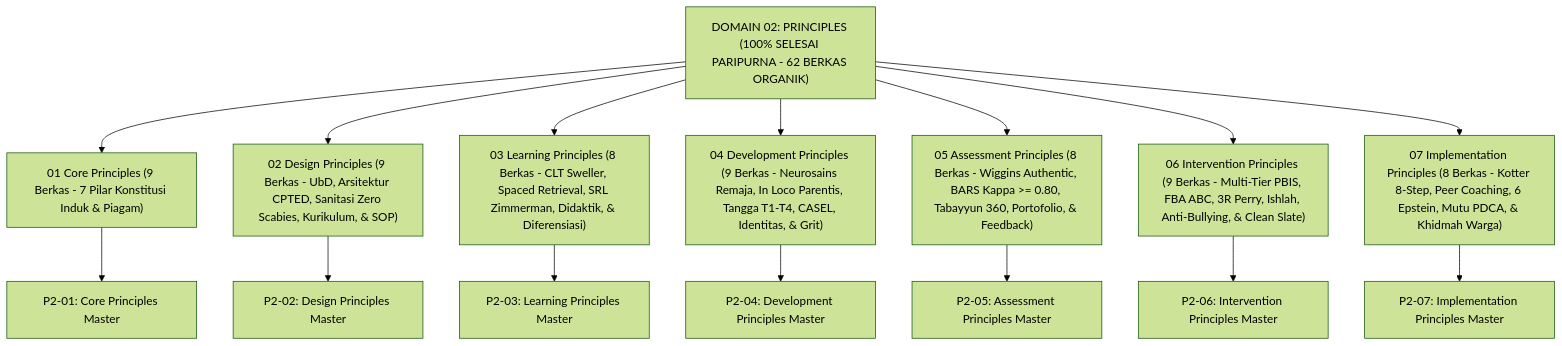
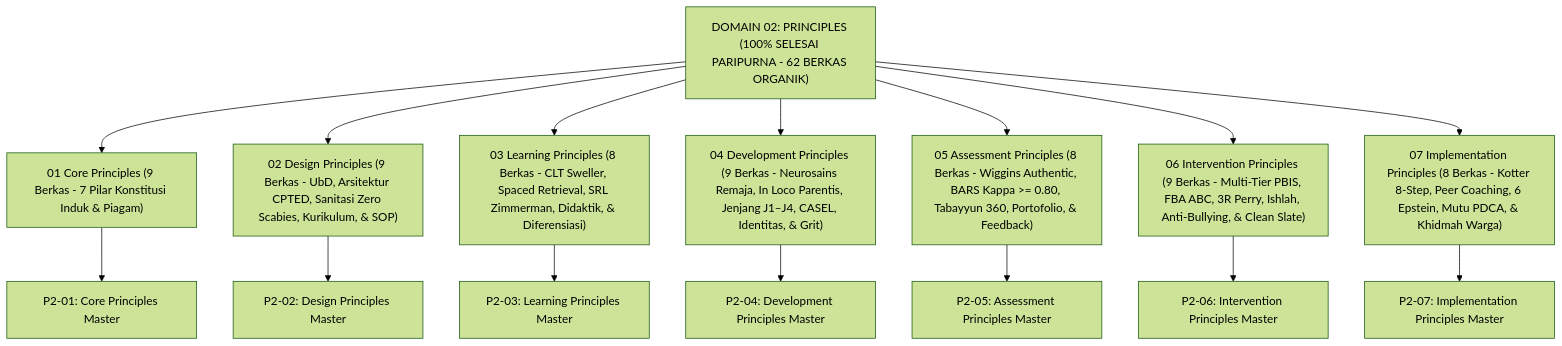
The diagram in 02 Principles/README.md (wandiapriliyandi/tumbuh), drawn with Mermaid (forest theme) before and after one commit. The commit also changed other lines of this file and 209 other files, not shown here.

````diff
--- a/02 Principles/README.md
+++ b/02 Principles/README.md
@@ -14,20 +14,20 @@
 ```mermaid
 graph TD
     Principles["DOMAIN 02: PRINCIPLES (100% SELESAI PARIPURNA - 62 BERKAS ORGANIK)"]
     
     Principles --> SD1["01 Core Principles (9 Berkas - 7 Pilar Konstitusi Induk & Piagam)"]
     Principles --> SD2["02 Design Principles (9 Berkas - UbD, Arsitektur CPTED, Sanitasi Zero Scabies, Kurikulum, & SOP)"]
     Principles --> SD3["03 Learning Principles (8 Berkas - CLT Sweller, Spaced Retrieval, SRL Zimmerman, Didaktik, & Diferensiasi)"]
-    Principles --> SD4["04 Development Principles (9 Berkas - Neurosains Remaja, In Loco Parentis, Tangga T1-T4, CASEL, Identitas, & Grit)"]
+    Principles --> SD4["04 Development Principles (9 Berkas - Neurosains Remaja, In Loco Parentis, Jenjang J1–J4, CASEL, Identitas, & Grit)"]
     Principles --> SD5["05 Assessment Principles (8 Berkas - Wiggins Authentic, BARS Kappa >= 0.80, Tabayyun 360, Portofolio, & Feedback)"]
     Principles --> SD6["06 Intervention Principles (9 Berkas - Multi-Tier PBIS, FBA ABC, 3R Perry, Ishlah, Anti-Bullying, & Clean Slate)"]
     Principles --> SD7["07 Implementation Principles (8 Berkas - Kotter 8-Step, Peer Coaching, 6 Epstein, Mutu PDCA, & Khidmah Warga)"]
     
     SD1 --> M1["P2-01: Core Principles Master"]
     SD2 --> M2["P2-02: Design Principles Master"]
     SD3 --> M3["P2-03: Learning Principles Master"]
     SD4 --> M4["P2-04: Development Principles Master"]
     SD5 --> M5["P2-05: Assessment Principles Master"]
     SD6 --> M6["P2-06: Intervention Principles Master"]
     SD7 --> M7["P2-07: Implementation Principles Master"]
 ```
````
